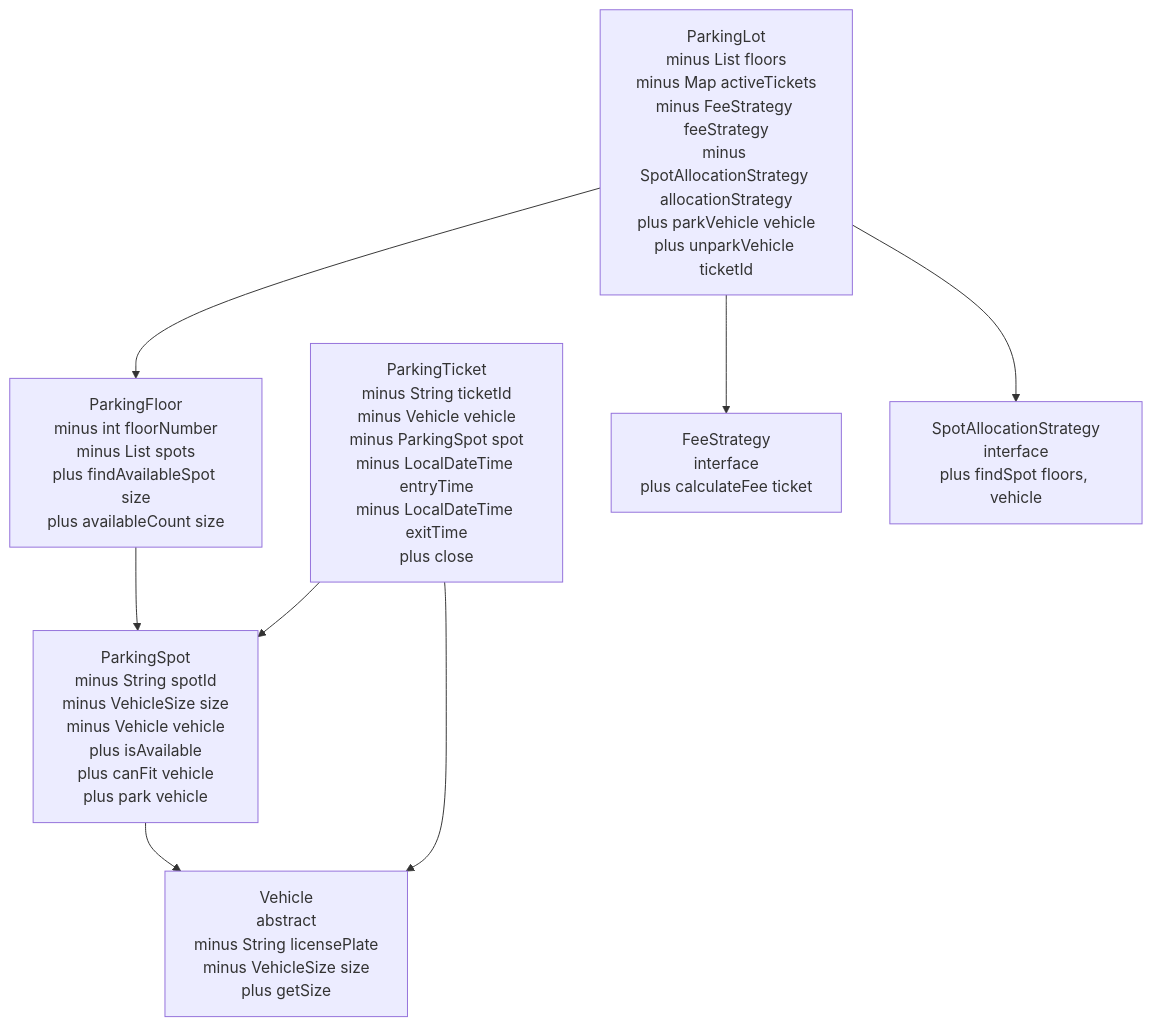
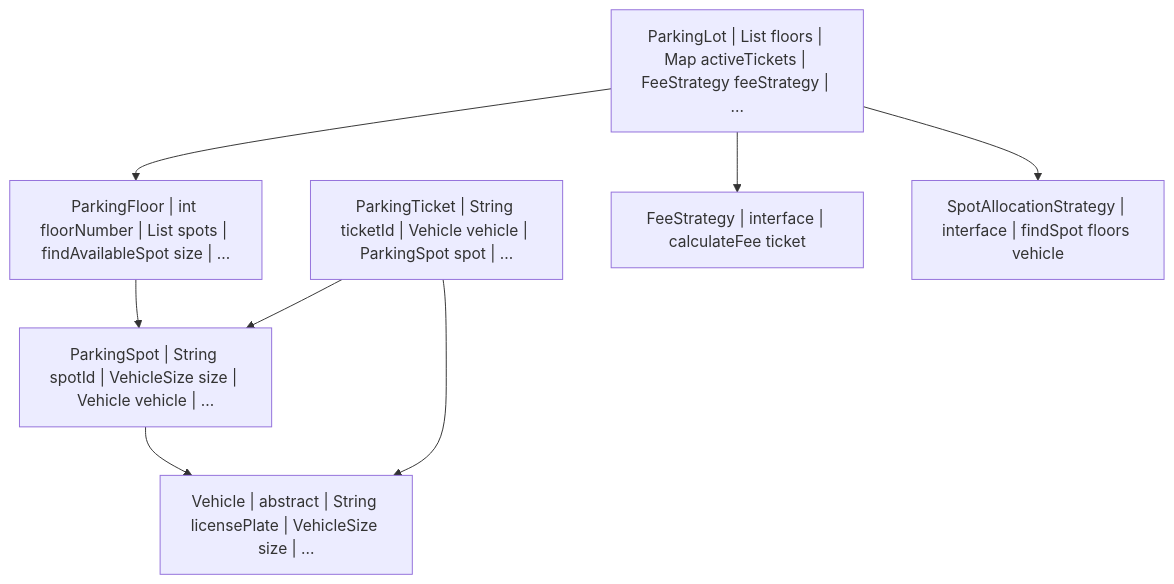
Diagram 14 of 39 in LLD_NOTES/lld_visual_java_reference_fixed.md (mthaiseer/springcloud-systemdesign-notes), drawn with Mermaid before and after one commit. The commit also changed other lines of this file, not shown here.

````diff
--- a/LLD_NOTES/lld_visual_java_reference_fixed.md
+++ b/LLD_NOTES/lld_visual_java_reference_fixed.md
@@ -1040,17 +1012,17 @@
 ```mermaid
 flowchart TD
-  C1["ParkingLot<br/>minus List floors<br/>minus Map activeTickets<br/>minus FeeStrategy feeStrategy<br/>minus SpotAllocationStrategy allocationStrategy<br/>plus parkVehicle vehicle<br/>plus unparkVehicle ticketId"]
-  C2["ParkingFloor<br/>minus int floorNumber<br/>minus List spots<br/>plus findAvailableSpot size<br/>plus availableCount size"]
-  C3["ParkingSpot<br/>minus String spotId<br/>minus VehicleSize size<br/>minus Vehicle vehicle<br/>plus isAvailable<br/>plus canFit vehicle<br/>plus park vehicle"]
-  C4["Vehicle<br/>abstract<br/>minus String licensePlate<br/>minus VehicleSize size<br/>plus getSize"]
-  C5["ParkingTicket<br/>minus String ticketId<br/>minus Vehicle vehicle<br/>minus ParkingSpot spot<br/>minus LocalDateTime entryTime<br/>minus LocalDateTime exitTime<br/>plus close"]
-  C6["FeeStrategy<br/>interface<br/>plus calculateFee ticket"]
-  C7["SpotAllocationStrategy<br/>interface<br/>plus findSpot floors, vehicle"]
-  C1 --> C2
-  C2 --> C3
-  C3 --> C4
-  C5 --> C4
-  C5 --> C3
-  C1 --> C6
-  C1 --> C7
+  C1["ParkingLot | List floors | Map activeTickets | FeeStrategy feeStrategy | ..."]
+  C2["ParkingFloor | int floorNumber | List spots | findAvailableSpot size | ..."]
+  C3["ParkingSpot | String spotId | VehicleSize size | Vehicle vehicle | ..."]
+  C4["Vehicle | abstract | String licensePlate | VehicleSize size | ..."]
+  C5["ParkingTicket | String ticketId | Vehicle vehicle | ParkingSpot spot | ..."]
+  C6["FeeStrategy | interface | calculateFee ticket"]
+  C7["SpotAllocationStrategy | interface | findSpot floors vehicle"]
+C1 --> C2
+C2 --> C3
+C3 --> C4
+C5 --> C4
+C5 --> C3
+C1 --> C6
+C1 --> C7
 ```
````
